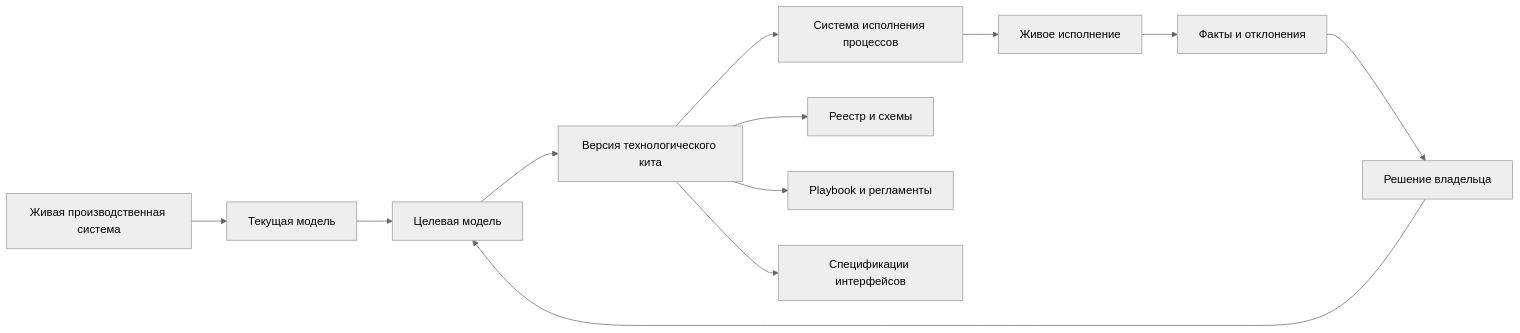
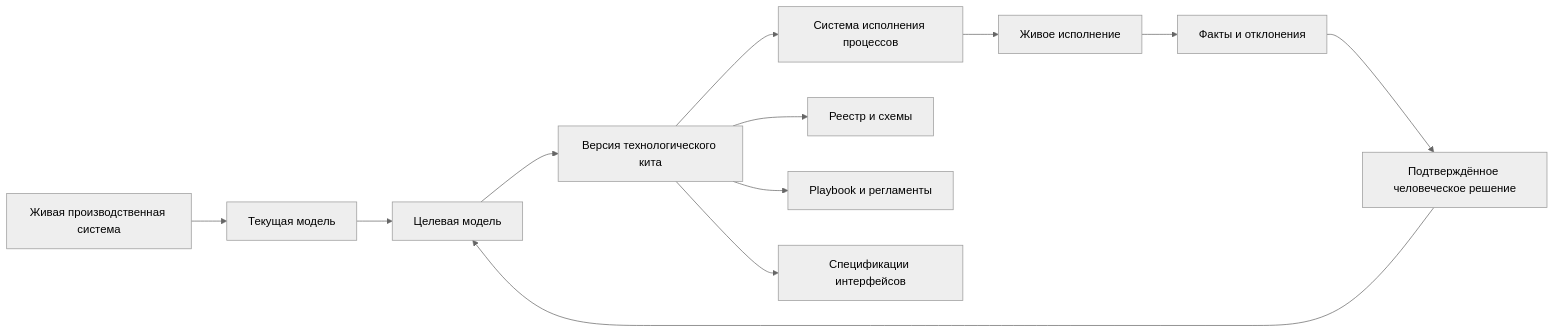
One commit to Vladick-Pick/production-system-skills changed the diagram in README.md. Above: the diagram before and after it, drawn with Mermaid (neutral theme). The commit also changed other lines of this file and 37 other files, not shown here.

```diff
--- a/README.md
+++ b/README.md
@@ -52,14 +53,14 @@
 ~~~mermaid
 flowchart LR
     A[Живая производственная система] --> B[Текущая модель]
     B --> C[Целевая модель]
     C --> D[Версия технологического кита]
     D --> E[Система исполнения процессов]
     E --> F[Живое исполнение]
     F --> G[Факты и отклонения]
-    G --> H[Решение владельца]
+    G --> H[Подтверждённое человеческое решение]
     H --> C
     D --> I[Реестр и схемы]
     D --> J[Playbook и регламенты]
     D --> K[Спецификации интерфейсов]
 ~~~
```
